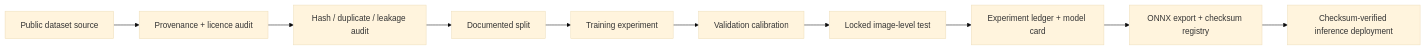
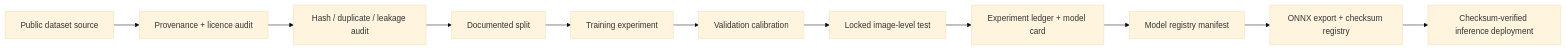
Before and after one commit to sam300705/neuroinsight-ai: the third of 4 diagrams in docs/ARCHITECTURE.md, drawn with Mermaid (base theme). The commit also changed other lines of this file, not shown here.

Commit message:
docs: document release truth evidence graph and reliability architecture

````diff
--- a/docs/ARCHITECTURE.md
+++ b/docs/ARCHITECTURE.md
@@ -37,12 +76,13 @@
 ```mermaid
 flowchart LR
   DS[Public dataset source] --> PA[Provenance + licence audit]
   PA --> DA[Hash / duplicate / leakage audit]
   DA --> SP[Documented split]
   SP --> TR[Training experiment]
   TR --> VA[Validation calibration]
   VA --> TE[Locked image-level test]
   TE --> MC[Experiment ledger + model card]
-  MC --> ON[ONNX export + checksum registry]
+  MC --> MR[Model registry manifest]
+  MR --> ON[ONNX export + checksum registry]
   ON --> DEP[Checksum-verified inference deployment]
 ```
````
